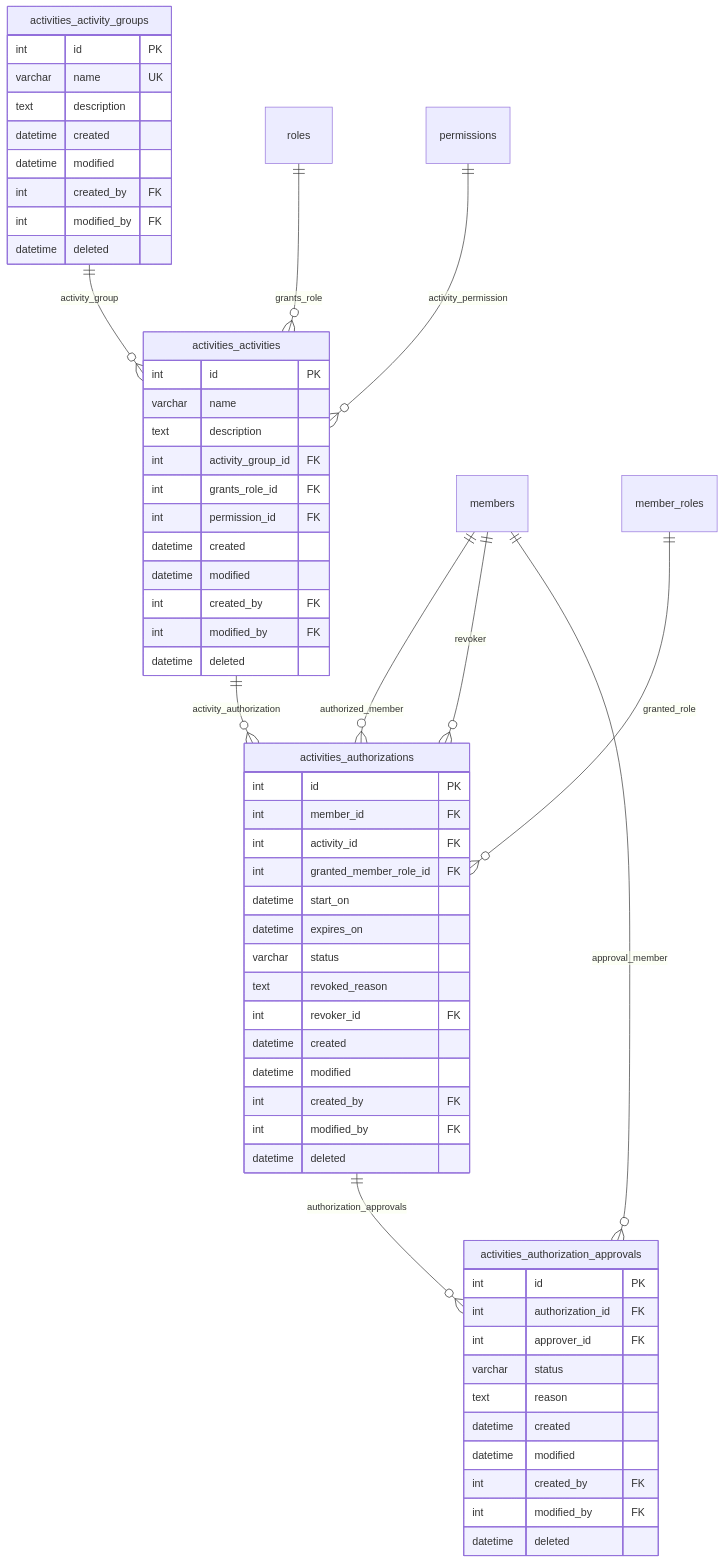
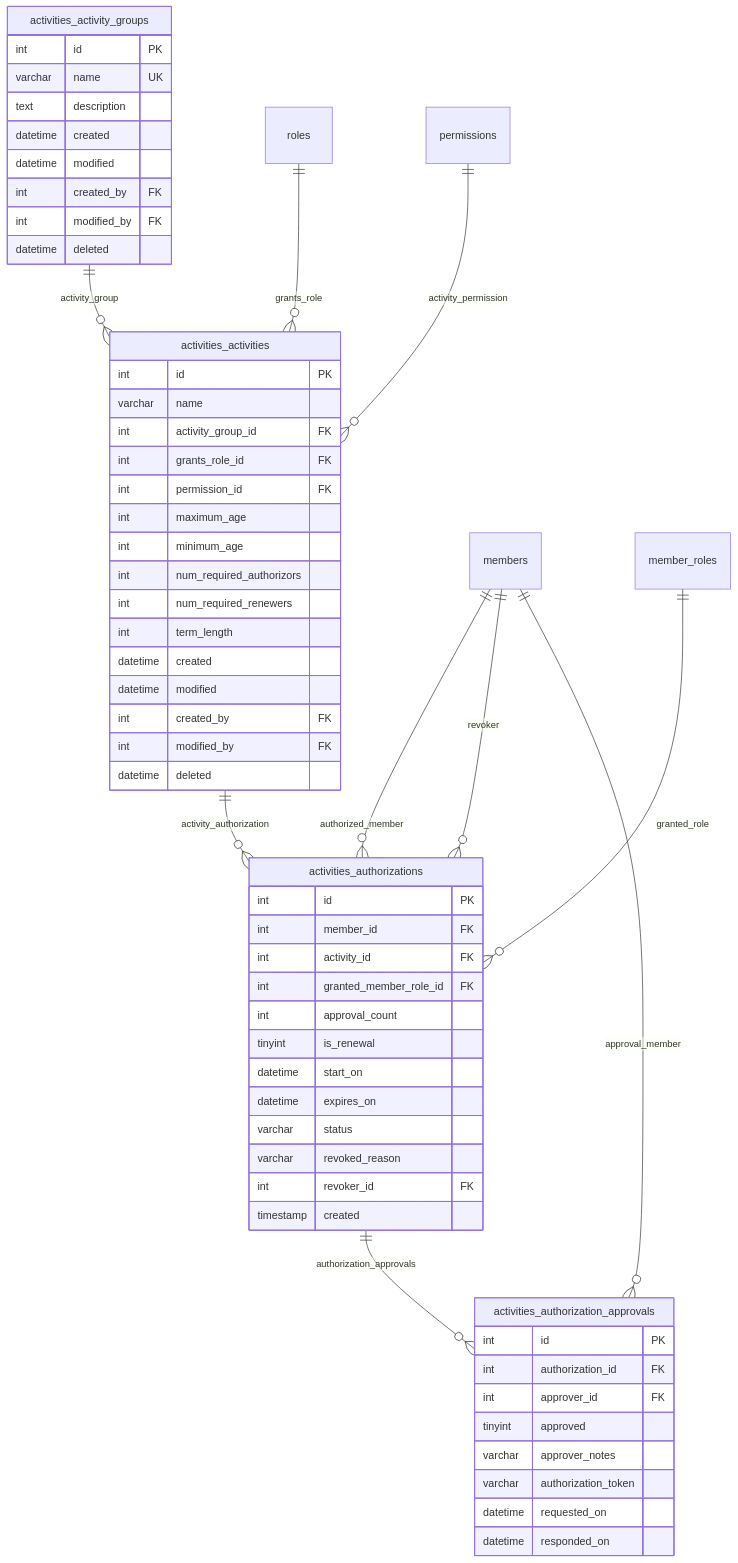
Before and after one commit to Ansteorra/KMP: the eighth of 13 diagrams in docs/3.5-er-diagrams.md, drawn with Mermaid. The commit also changed other lines of this file and 3 other files, not shown here.

Commit message:
Remove database schema documentation and update index for improved organization and clarity

````diff
--- a/docs/3.5-er-diagrams.md
+++ b/docs/3.5-er-diagrams.md
@@ -414,67 +762,67 @@
 ```mermaid
 erDiagram
     activities_activity_groups {
         int id PK
         varchar name UK
         text description
         datetime created
         datetime modified
         int created_by FK
         int modified_by FK
         datetime deleted
     }
     
     activities_activities {
         int id PK
         varchar name
-        text description
         int activity_group_id FK
         int grants_role_id FK
         int permission_id FK
+        int maximum_age
+        int minimum_age
+        int num_required_authorizors
+        int num_required_renewers
+        int term_length
         datetime created
         datetime modified
         int created_by FK
         int modified_by FK
         datetime deleted
     }
     
     activities_authorizations {
         int id PK
         int member_id FK
         int activity_id FK
         int granted_member_role_id FK
+        int approval_count
+        tinyint is_renewal
         datetime start_on
         datetime expires_on
         varchar status
-        text revoked_reason
+        varchar revoked_reason
         int revoker_id FK
-        datetime created
-        datetime modified
-        int created_by FK
-        int modified_by FK
-        datetime deleted
+        timestamp created
     }
     
     activities_authorization_approvals {
         int id PK
         int authorization_id FK
         int approver_id FK
-        varchar status
-        text reason
-        datetime created
-        datetime modified
-        int created_by FK
-        int modified_by FK
-        datetime deleted
+        tinyint approved
+        varchar approver_notes
+        varchar authorization_token
+        datetime requested_on
+        datetime responded_on
     }
     
     activities_activity_groups ||--o{ activities_activities : "activity_group"
     roles ||--o{ activities_activities : "grants_role"
     permissions ||--o{ activities_activities : "activity_permission"
     members ||--o{ activities_authorizations : "authorized_member"
     activities_activities ||--o{ activities_authorizations : "activity_authorization"
     member_roles ||--o{ activities_authorizations : "granted_role"
     members ||--o{ activities_authorizations : "revoker"
     activities_authorizations ||--o{ activities_authorization_approvals : "authorization_approvals"
     members ||--o{ activities_authorization_approvals : "approval_member"
 ```
````
